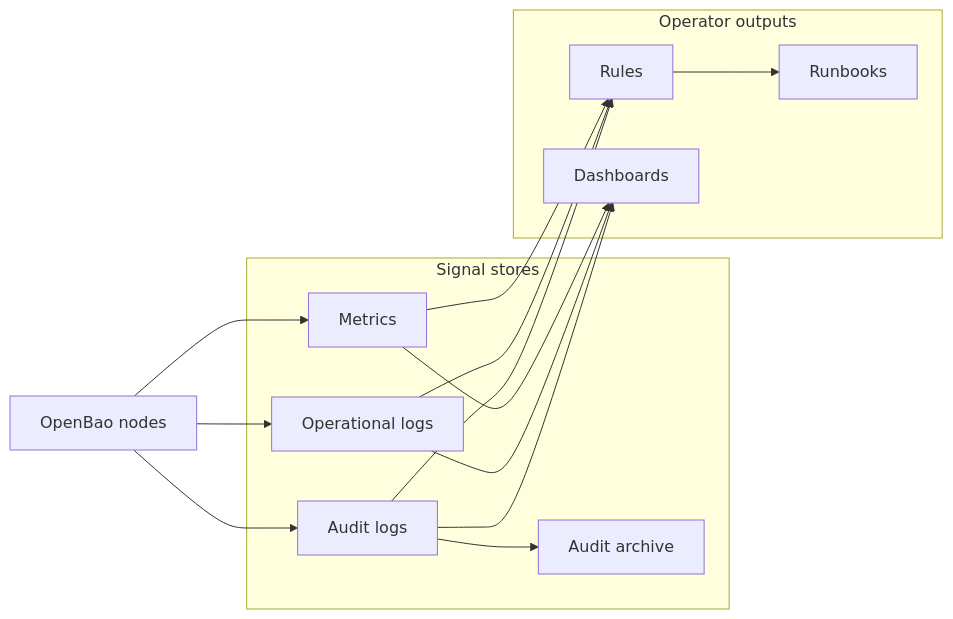
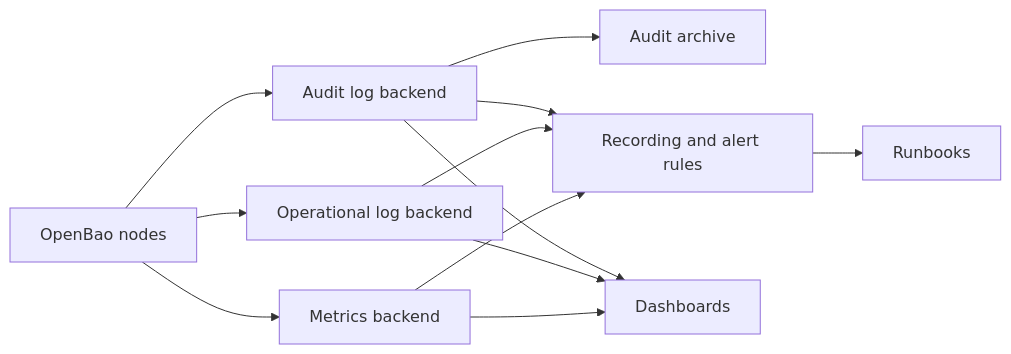
Before and after one commit to dc-tec/openbao-observability: the diagram in README.md, drawn with Mermaid.

Commit message:
docs: reduce readme diagram clutter

````diff
--- a/README.md
+++ b/README.md
@@ -39,32 +39,26 @@
 ```mermaid
 flowchart LR
   bao["OpenBao nodes"]
-
-  subgraph stores["Signal stores"]
-    metrics["Metrics"]
-    logs["Operational logs"]
-    audit["Audit logs"]
-    archive["Audit archive"]
-  end
-
-  subgraph outputs["Operator outputs"]
-    rules["Rules"]
-    dashboards["Dashboards"]
-    runbooks["Runbooks"]
-  end
+  metrics["Metrics backend"]
+  oplogs["Operational log backend"]
+  auditlogs["Audit log backend"]
+  archive["Audit archive"]
+  rules["Recording and alert rules"]
+  dashboards["Dashboards"]
+  runbooks["Runbooks"]
 
   bao --> metrics
-  bao --> logs
-  bao --> audit
-  audit --> archive
+  bao --> oplogs
+  bao --> auditlogs
+  auditlogs --> archive
 
   metrics --> rules
-  logs --> rules
-  audit --> rules
+  oplogs --> rules
+  auditlogs --> rules
 
   metrics --> dashboards
-  logs --> dashboards
-  audit --> dashboards
+  oplogs --> dashboards
+  auditlogs --> dashboards
 
   rules --> runbooks
 ```
````
